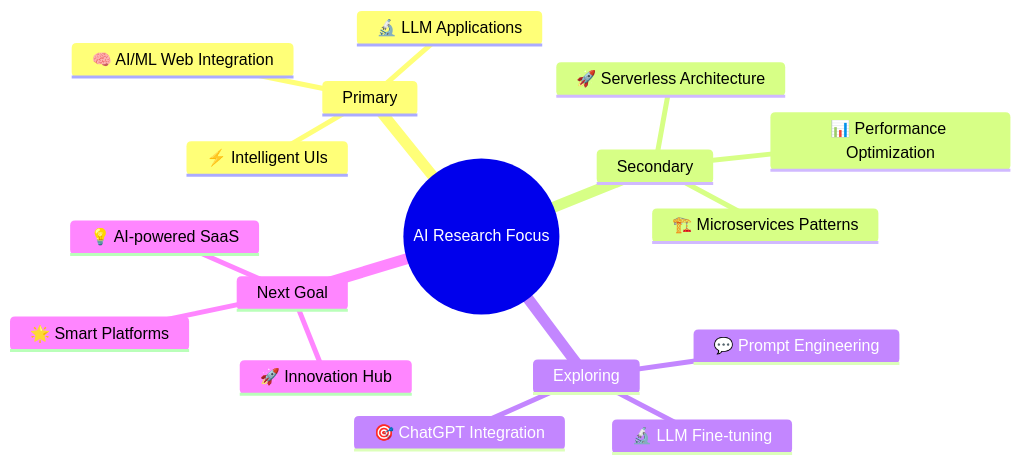
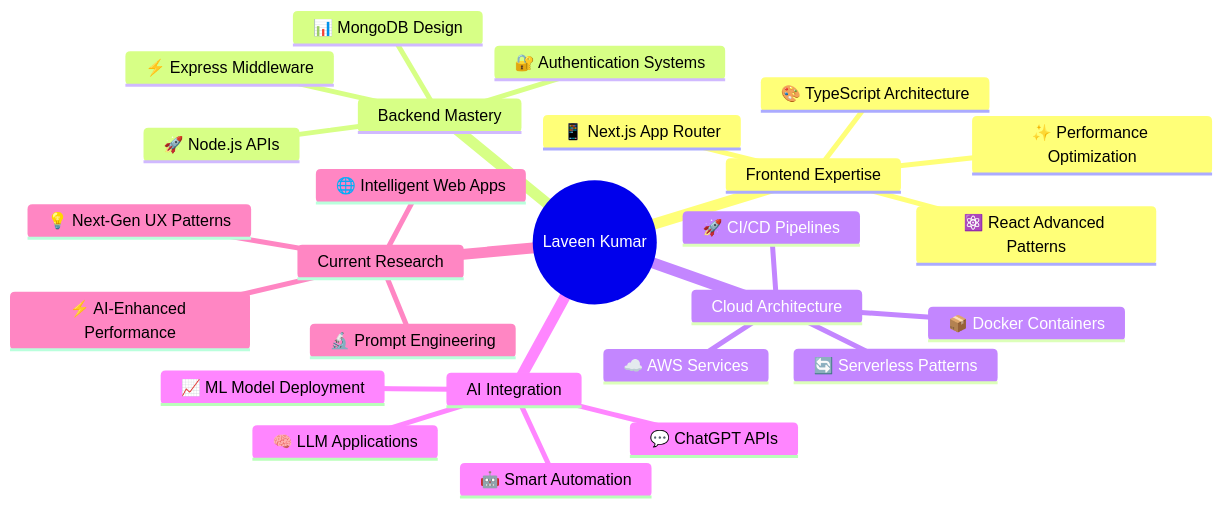
One commit to Lavin-kulal/lavin-kulal changed the first of 2 diagrams in README.md. Above: the diagram before and after it, drawn with Mermaid. The commit also changed other lines of this file, not shown here.

````diff
--- a/README.md
+++ b/README.md
@@ -66,20 +110,29 @@
 ```mermaid
 mindmap
-  root((AI Research Focus))
-    Primary
-      🧠 AI/ML Web Integration
-      🔬 LLM Applications
-      ⚡ Intelligent UIs
-    Secondary  
-      🚀 Serverless Architecture
-      🏗️ Microservices Patterns
-      📊 Performance Optimization
-    Exploring
-      🔬 LLM Fine-tuning
-      💬 Prompt Engineering
-      🎯 ChatGPT Integration
-    Next Goal
-      💡 AI-powered SaaS
-      🌟 Smart Platforms
-      🚀 Innovation Hub
+  root((Laveen Kumar))
+    Frontend Expertise
+      ⚛️ React Advanced Patterns
+      📱 Next.js App Router
+      🎨 TypeScript Architecture
+      ✨ Performance Optimization
+    Backend Mastery  
+      🚀 Node.js APIs
+      📊 MongoDB Design
+      ⚡ Express Middleware
+      🔐 Authentication Systems
+    Cloud Architecture
+      ☁️ AWS Services
+      🔄 Serverless Patterns
+      📦 Docker Containers
+      🚀 CI/CD Pipelines
+    AI Integration
+      🧠 LLM Applications  
+      💬 ChatGPT APIs
+      🤖 Smart Automation
+      📈 ML Model Deployment
+    Current Research
+      🔬 Prompt Engineering
+      ⚡ AI-Enhanced Performance
+      🌐 Intelligent Web Apps
+      💡 Next-Gen UX Patterns
 ```
````
